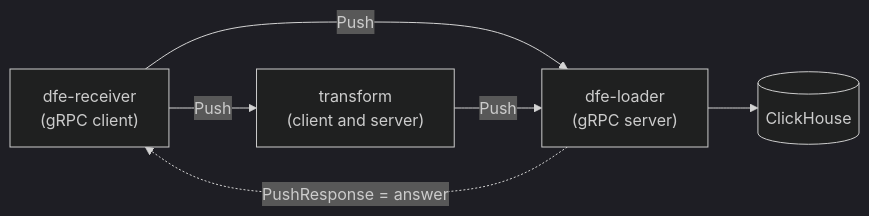
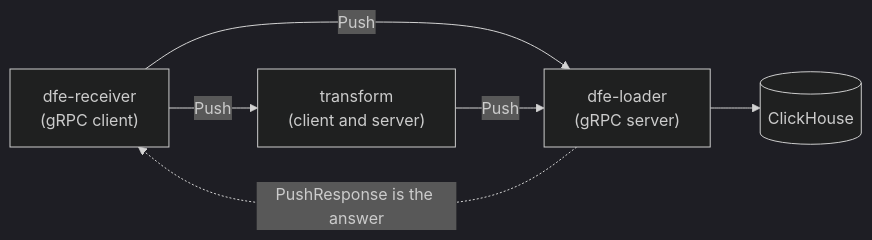
One commit to hyperi-io/dfe-loader changed the diagram in docs/transport/grpc.md. Above: the diagram before and after it, drawn with Mermaid (dark theme). The commit also changed 30 other files, not shown here.

````diff
--- a/docs/transport/grpc.md
+++ b/docs/transport/grpc.md
@@ -19,13 +19,13 @@
 ```mermaid
 flowchart LR
     R["dfe-receiver<br/>(gRPC client)"]
     T["transform<br/>(client and server)"]
     L["dfe-loader<br/>(gRPC server)"]
-    CH[("ClickHouse")]
+    CH[(ClickHouse)]
 
     R -->|Push| L
     R -->|Push| T
     T -->|Push| L
     L --> CH
-    L -.PushResponse = answer.-> R
+    L -.->|PushResponse is the answer| R
 ```
````
